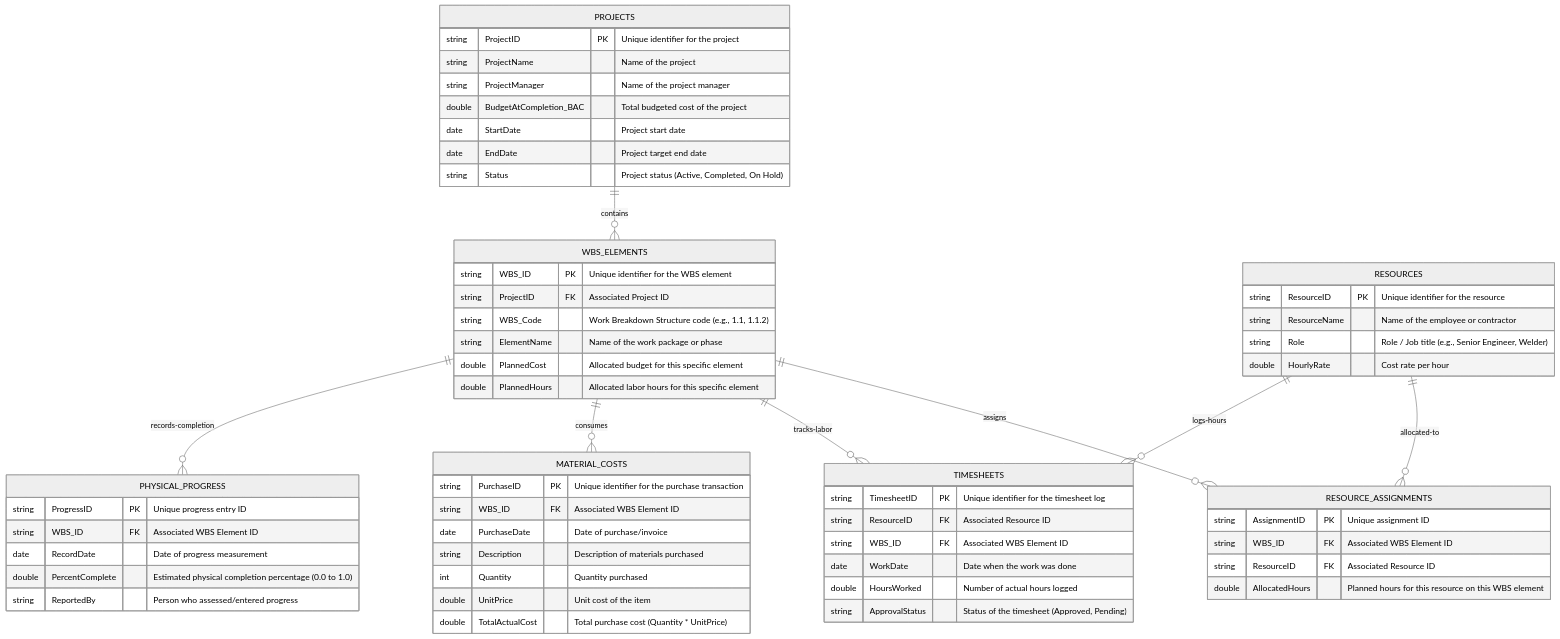
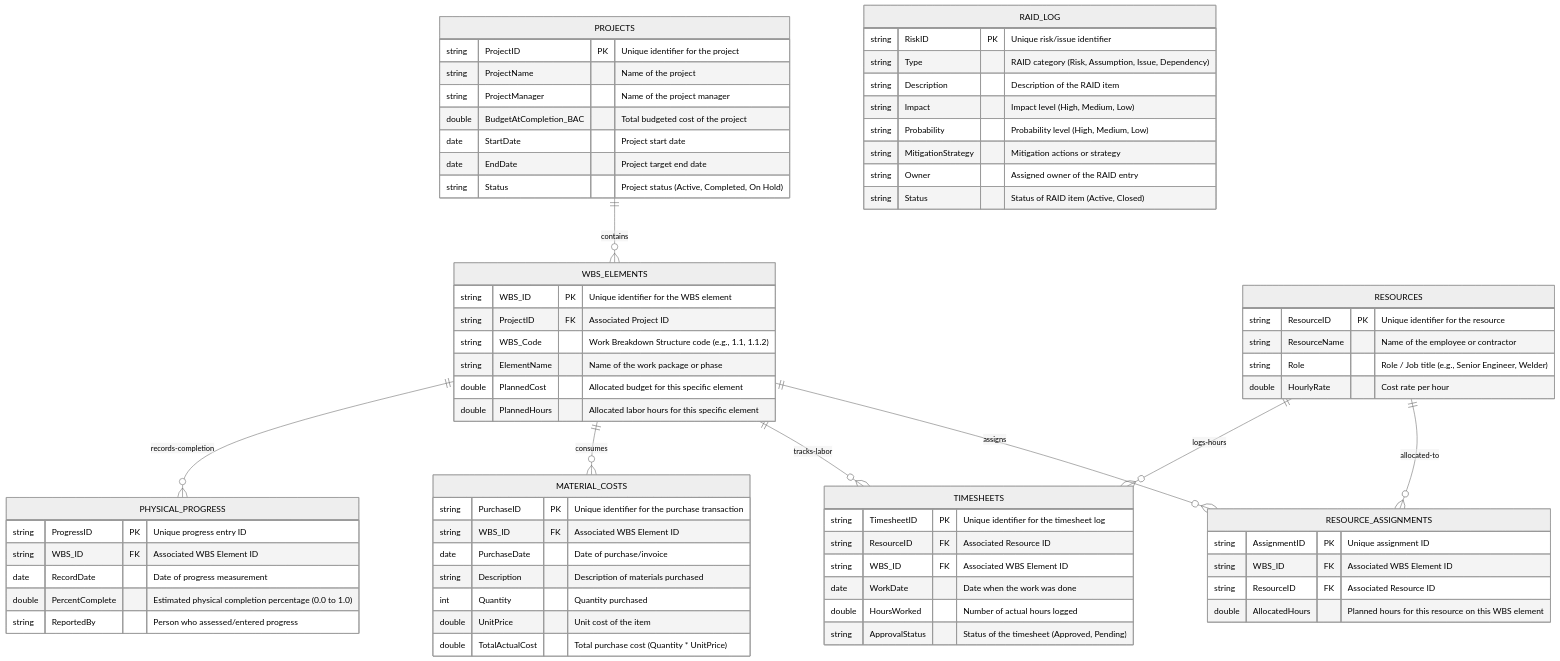
One commit to Frank-Ellingsen/Project-Mangagement changed the diagram in AI_Controller/datamodel_erd.md. Above: the diagram before and after it, drawn with Mermaid (neutral theme). The commit also changed 10 other files, not shown here.

````diff
--- a/AI_Controller/datamodel_erd.md
+++ b/AI_Controller/datamodel_erd.md
@@ -7,70 +7,81 @@
 ```mermaid
 erDiagram
     PROJECTS ||--o{ WBS_ELEMENTS : contains
     RESOURCES ||--o{ RESOURCE_ASSIGNMENTS : allocated-to
     WBS_ELEMENTS ||--o{ RESOURCE_ASSIGNMENTS : assigns
     WBS_ELEMENTS ||--o{ TIMESHEETS : tracks-labor
     RESOURCES ||--o{ TIMESHEETS : logs-hours
     WBS_ELEMENTS ||--o{ MATERIAL_COSTS : consumes
     WBS_ELEMENTS ||--o{ PHYSICAL_PROGRESS : records-completion
     
     PROJECTS {
         string ProjectID PK "Unique identifier for the project"
         string ProjectName "Name of the project"
         string ProjectManager "Name of the project manager"
         double BudgetAtCompletion_BAC "Total budgeted cost of the project"
         date StartDate "Project start date"
         date EndDate "Project target end date"
         string Status "Project status (Active, Completed, On Hold)"
     }
 
     WBS_ELEMENTS {
         string WBS_ID PK "Unique identifier for the WBS element"
         string ProjectID FK "Associated Project ID"
         string WBS_Code "Work Breakdown Structure code (e.g., 1.1, 1.1.2)"
         string ElementName "Name of the work package or phase"
         double PlannedCost "Allocated budget for this specific element"
         double PlannedHours "Allocated labor hours for this specific element"
     }
 
     RESOURCES {
         string ResourceID PK "Unique identifier for the resource"
         string ResourceName "Name of the employee or contractor"
         string Role "Role / Job title (e.g., Senior Engineer, Welder)"
         double HourlyRate "Cost rate per hour"
     }
 
     RESOURCE_ASSIGNMENTS {
         string AssignmentID PK "Unique assignment ID"
         string WBS_ID FK "Associated WBS Element ID"
         string ResourceID FK "Associated Resource ID"
         double AllocatedHours "Planned hours for this resource on this WBS element"
     }
 
     TIMESHEETS {
         string TimesheetID PK "Unique identifier for the timesheet log"
         string ResourceID FK "Associated Resource ID"
         string WBS_ID FK "Associated WBS Element ID"
         date WorkDate "Date when the work was done"
         double HoursWorked "Number of actual hours logged"
         string ApprovalStatus "Status of the timesheet (Approved, Pending)"
     }
 
     MATERIAL_COSTS {
         string PurchaseID PK "Unique identifier for the purchase transaction"
         string WBS_ID FK "Associated WBS Element ID"
         date PurchaseDate "Date of purchase/invoice"
         string Description "Description of materials purchased"
         int Quantity "Quantity purchased"
         double UnitPrice "Unit cost of the item"
         double TotalActualCost "Total purchase cost (Quantity * UnitPrice)"
     }
 
     PHYSICAL_PROGRESS {
         string ProgressID PK "Unique progress entry ID"
         string WBS_ID FK "Associated WBS Element ID"
         date RecordDate "Date of progress measurement"
         double PercentComplete "Estimated physical completion percentage (0.0 to 1.0)"
         string ReportedBy "Person who assessed/entered progress"
     }
+
+    RAID_LOG {
+        string RiskID PK "Unique risk/issue identifier"
+        string Type "RAID category (Risk, Assumption, Issue, Dependency)"
+        string Description "Description of the RAID item"
+        string Impact "Impact level (High, Medium, Low)"
+        string Probability "Probability level (High, Medium, Low)"
+        string MitigationStrategy "Mitigation actions or strategy"
+        string Owner "Assigned owner of the RAID entry"
+        string Status "Status of RAID item (Active, Closed)"
+    }
 ```
````
